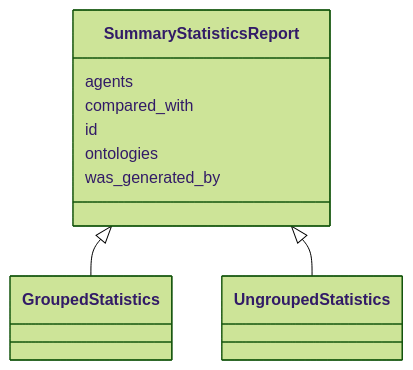
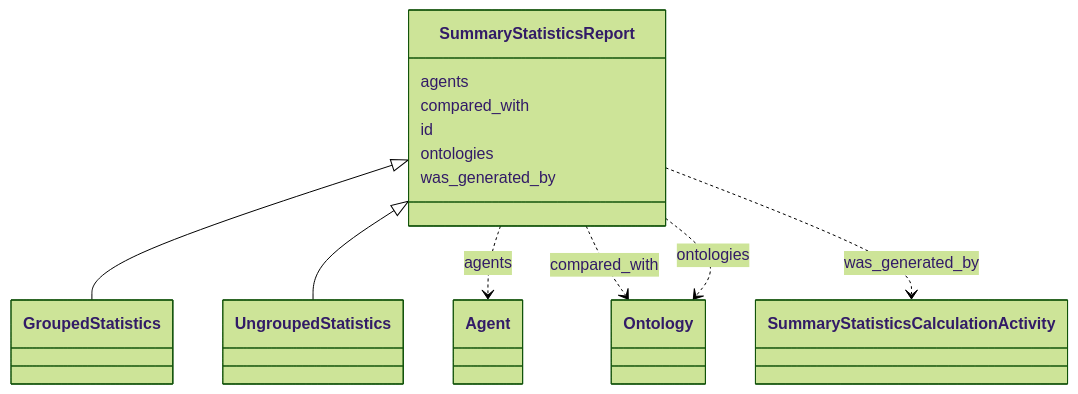
Before and after one commit to INCATools/ontology-access-kit: the diagram in summary-statistics/SummaryStatisticsReport.md, drawn with Mermaid (forest theme). The commit also changed other lines of this file and 1783 other files, not shown here.

````diff
--- a/summary-statistics/SummaryStatisticsReport.md
+++ b/summary-statistics/SummaryStatisticsReport.md
@@ -13,13 +13,26 @@
 ```{mermaid}
  classDiagram
     class SummaryStatisticsReport
       SummaryStatisticsReport <|-- GroupedStatistics
       SummaryStatisticsReport <|-- UngroupedStatistics
       
       SummaryStatisticsReport : agents
+        
+          SummaryStatisticsReport ..> Agent : agents
+        
       SummaryStatisticsReport : compared_with
+        
+          SummaryStatisticsReport ..> Ontology : compared_with
+        
       SummaryStatisticsReport : id
+        
       SummaryStatisticsReport : ontologies
+        
+          SummaryStatisticsReport ..> Ontology : ontologies
+        
       SummaryStatisticsReport : was_generated_by
+        
+          SummaryStatisticsReport ..> SummaryStatisticsCalculationActivity : was_generated_by
+        
       
 ```
````
